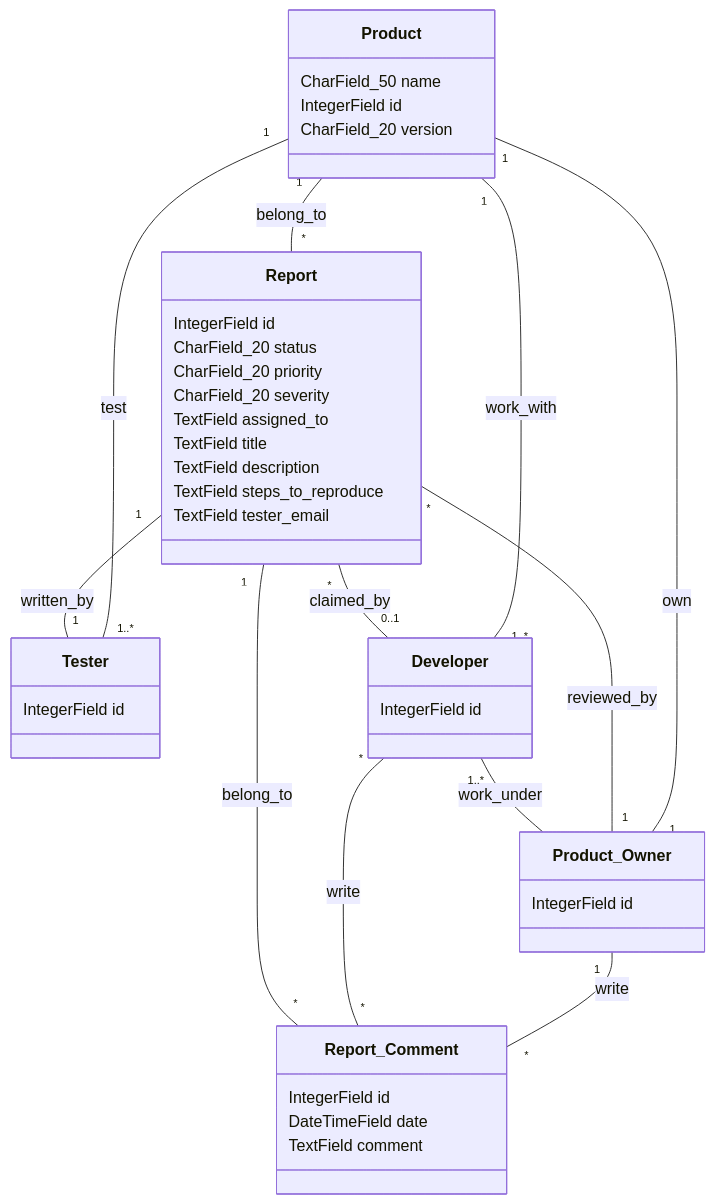
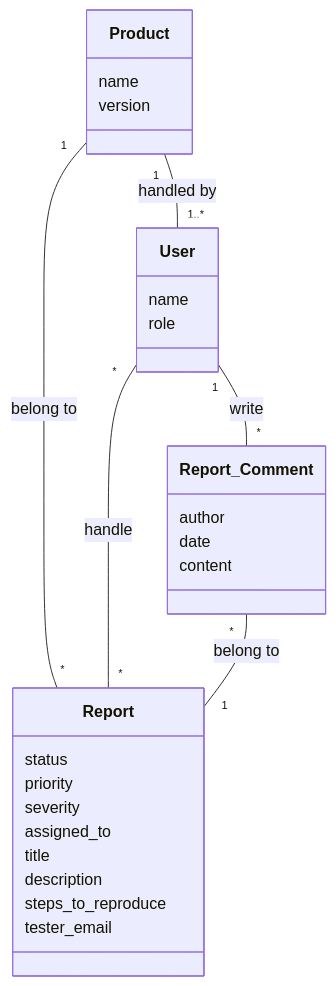
The diagram in README.md (LinChengHao3606307/COMP_3297_Group_G_Project), drawn with Mermaid before and after one commit.

Commit message:
Updated Domain Model

````diff
--- a/README.md
+++ b/README.md
@@ -36,50 +36,44 @@
 ```mermaid
 classDiagram
     
-    Product "1" -- "*" Report : belong_to
-    Product "1" -- "1..*" Tester : test
-    Product "1" -- "1" Product_Owner : own
-    Product "1" -- "1..*" Developer : work_with
+    Product "1" -- "*" Report : belong to
+    Product "1" -- "1..*" User : handled by
 
-    Report "1" -- "1" Tester : written_by
-    Report "*" -- "1" Product_Owner : reviewed_by
-    Report "*" -- "0..1" Developer : claimed_by
+    
+    
+    User "1" -- "*" Report_Comment : write
 
-    Product_Owner "1" -- "*" Report_Comment : write
-    
-    Developer "1..*" -- Product_Owner : work_under
-    Developer "*" -- "*" Report_Comment : write
+    User "*" -- "*" Report : handle
 
-    Report_Comment "*" -- "1" Report : belong_to
+    Report_Comment "*" -- "1" Report : belong to
+
+
     class Product{
-        CharField_50 name
-        IntegerField id
-        CharField_20 version
-    }
-    class Report{
-        IntegerField id
-        CharField_20 status
-        CharField_20 priority
-        CharField_20 severity
-        TextField assigned_to
-        TextField title
-        TextField description
-        TextField steps_to_reproduce
-        TextField tester_email
-    }
-    class Report_Comment{
-        IntegerField id
-        DateTimeField date
-        TextField comment
-    }
-    class Tester{
-        IntegerField id
-    }
-    class Product_Owner{
-        IntegerField id
-    }
-    class Developer{
-        IntegerField id
+        name
+        version
     }
 
+    class Report{
+        status
+        priority
+        severity
+        assigned_to
+        title
+        description
+        steps_to_reproduce
+        tester_email
+    }
+
+    class Report_Comment{
+        author
+        date
+        content
+    }
+
+    class User{
+        name
+        role
+    }
+    
+
 ```
````
